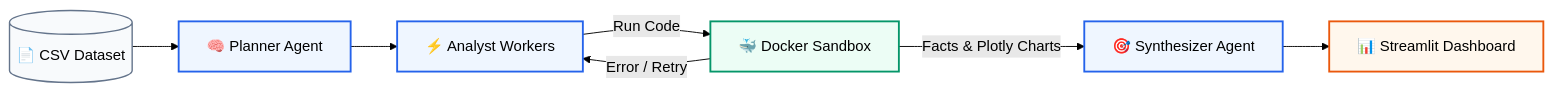
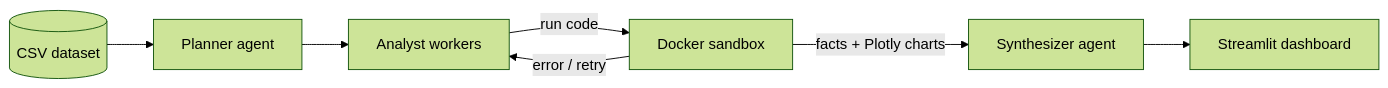
The diagram in README.md (rajgurubhosale/DataPilot), drawn with Mermaid (forest theme) before and after one commit.

Commit message:
fix : readme architecture fixed

````diff
--- a/README.md
+++ b/README.md
@@ -15,18 +15,9 @@
 ```mermaid
 flowchart LR
-    A[("📄 CSV Dataset")] --> B["🧠 Planner Agent"]
-    B --> C["⚡ Analyst Workers"]
-    C -->|Run Code| D["🐳 Docker Sandbox"]
-    D -->|Error / Retry| C
-    D -->|Facts & Plotly Charts| E["🎯 Synthesizer Agent"]
-    E --> F["📊 Streamlit Dashboard"]
-
-    classDef default fill:#f8fafc,stroke:#64748b,stroke-width:1.5px;
-    classDef nodeHighlight fill:#eff6ff,stroke:#2563eb,stroke-width:2px;
-    classDef sandboxNode fill:#ecfdf5,stroke:#059669,stroke-width:2px;
-    classDef uiNode fill:#fff7ed,stroke:#ea580c,stroke-width:2px;
-
-    class B,C,E nodeHighlight;
-    class D sandboxNode;
-    class F uiNode;
+    A[(CSV dataset)] --> B[Planner agent]
+    B --> C[Analyst workers]
+    C -->|run code| D[Docker sandbox]
+    D -->|error / retry| C
+    D -->|facts + Plotly charts| E[Synthesizer agent]
+    E --> F[Streamlit dashboard]
 ```
````
